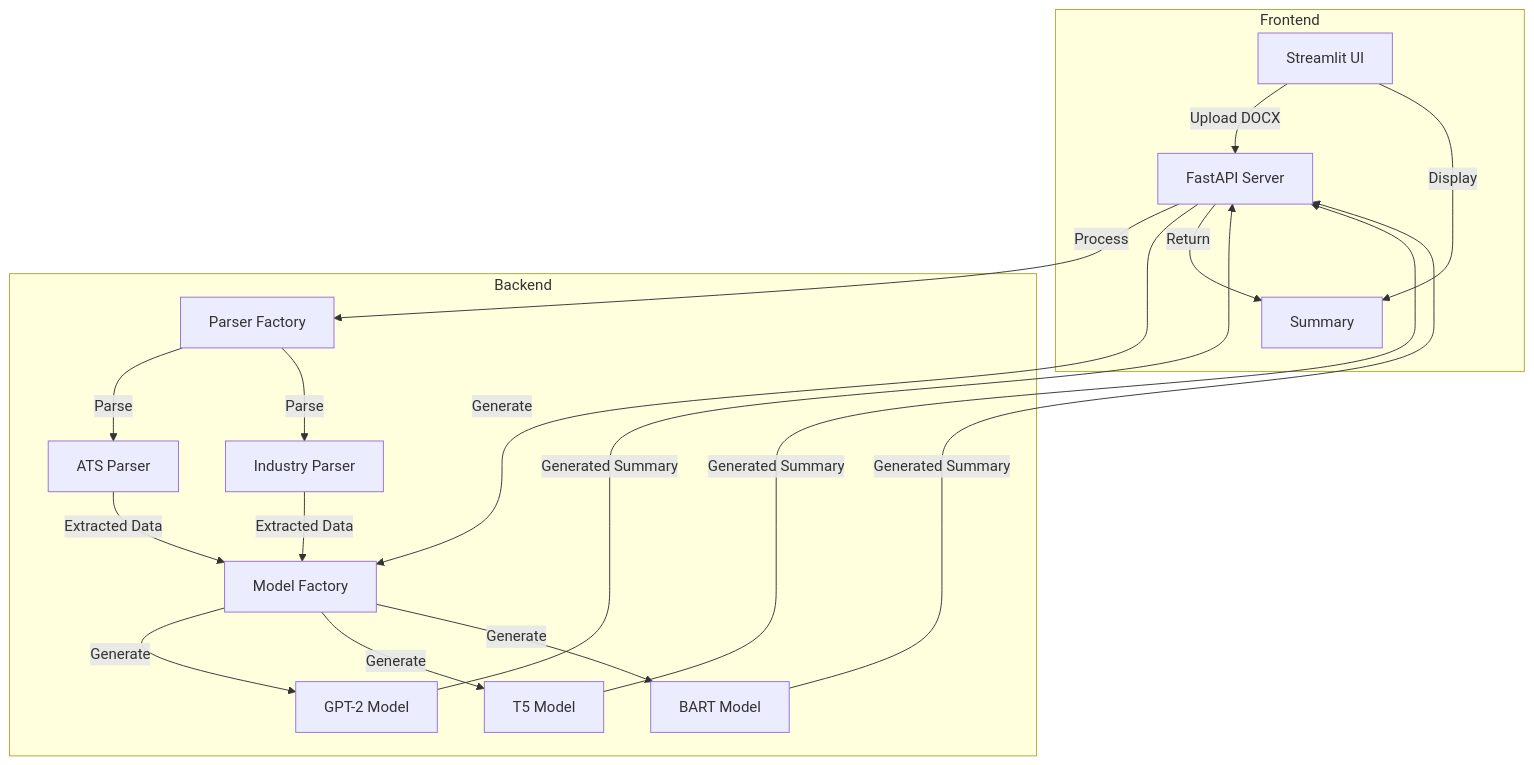
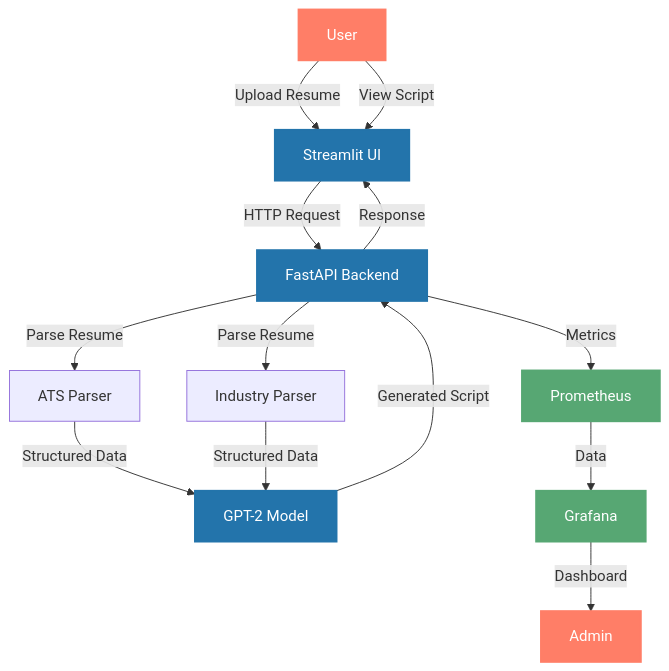
The diagram in README.md (anil14349/resume_ssummarization), drawn with Mermaid before and after one commit. The commit also changed other lines of this file and 24 other files, not shown here.

````diff
--- a/README.md
+++ b/README.md
@@ -6,24 +7,26 @@
 ```mermaid
 graph TD
-    subgraph Frontend
-        UI[Streamlit UI] --> |Upload DOCX| API
-        UI --> |Display| Sum[Summary]
-    end
+    User[User] --> |Upload Resume| UI[Streamlit UI]
+    UI --> |HTTP Request| API[FastAPI Backend]
+    API --> |Parse Resume| P1[ATS Parser]
+    API --> |Parse Resume| P2[Industry Parser]
+    P1 --> |Structured Data| M[GPT-2 Model]
+    P2 --> |Structured Data| M
+    M --> |Generated Script| API
+    API --> |Response| UI
+    User --> |View Script| UI
     
-    subgraph Backend
-        API[FastAPI Server] --> |Process| PF[Parser Factory]
-        API --> |Generate| MF[Model Factory]
-        
-        PF --> |Parse| P1[ATS Parser]
-        PF --> |Parse| P2[Industry Parser]
-        
-        MF --> |Generate| M1[GPT-2 Model]
-        MF --> |Generate| M2[T5 Model]
-        MF --> |Generate| M3[BART Model]
-        
-        P1 & P2 --> |Extracted Data| MF
-        M1 & M2 & M3 --> |Generated Summary| API
-    end
+    %% Monitoring Flow
+    API --> |Metrics| PR[Prometheus]
+    PR --> |Data| G[Grafana]
+    G --> |Dashboard| Admin[Admin]
+
+    %% Styling
+    classDef primary fill:#2374ab,stroke:#2374ab,stroke-width:2px,color:#fff
+    classDef secondary fill:#ff7e67,stroke:#ff7e67,stroke-width:2px,color:#fff
+    classDef monitoring fill:#57a773,stroke:#57a773,stroke-width:2px,color:#fff
     
-    API --> |Return| Sum
+    class User,Admin secondary
+    class UI,API,M primary
+    class PR,G monitoring
 ```
````
